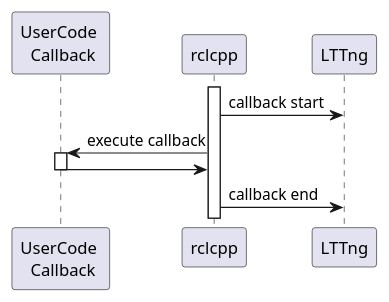
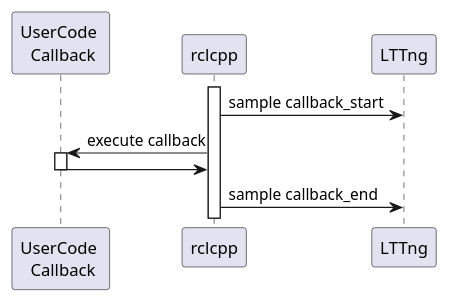
Before and after one commit to tier4/caret_doc: the diagram in docs/design/latency_definitions/callback.md, drawn with PlantUML. The commit also changed other lines of this file, not shown here.

Commit message:
address comments inlatency_definitions/callback.md

````diff
--- a/docs/design/latency_definitions/callback.md
+++ b/docs/design/latency_definitions/callback.md
@@ -11,17 +12,17 @@
 ```plantuml
 
 
 participant "UserCode \n Callback" as Callback
 participant "rclcpp" as Rclcpp
 participant LTTng
 
 activate Rclcpp
 
-Rclcpp -> LTTng : callback start
+Rclcpp -> LTTng : sample callback_start
 Rclcpp -> Callback : execute callback
 
 activate Callback
 Callback -> Rclcpp
 deactivate Callback
-Rclcpp -> LTTng : callback end
+Rclcpp -> LTTng : sample callback_end
 ```
````
